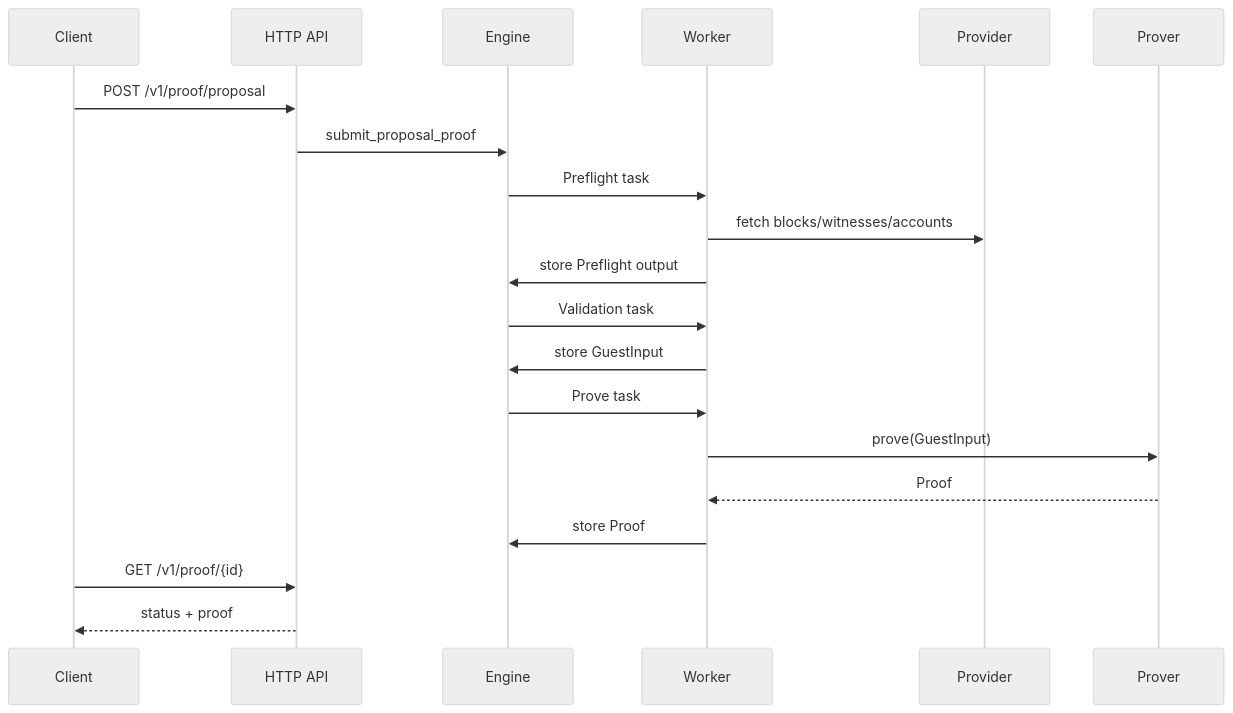
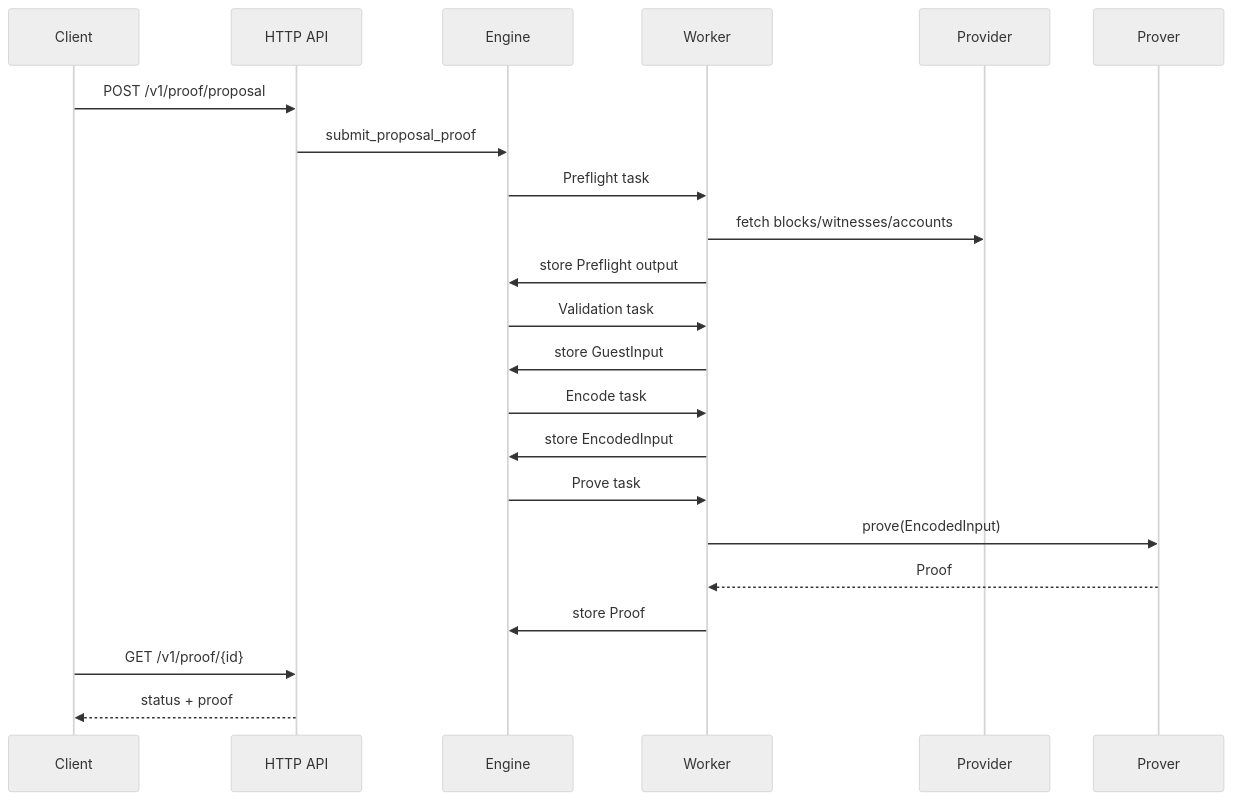
The fourth of 4 diagrams in README.md (taikoxyz/raiko2), drawn with Mermaid (neutral theme) before and after one commit. The commit also changed other lines of this file and 1 other file, not shown here.

Commit message:
test: add documentation for Redis-backed queue store integration tests

````diff
--- a/README.md
+++ b/README.md
@@ -94,23 +106,25 @@
 ```mermaid
 sequenceDiagram
   participant C as Client
   participant API as HTTP API
   participant Q as Engine
   participant W as Worker
   participant P as Provider
   participant Z as Prover
 
   C->>API: POST /v1/proof/proposal
   API->>Q: submit_proposal_proof
   Q->>W: Preflight task
   W->>P: fetch blocks/witnesses/accounts
   W->>Q: store Preflight output
   Q->>W: Validation task
   W->>Q: store GuestInput
+  Q->>W: Encode task
+  W->>Q: store EncodedInput
   Q->>W: Prove task
-  W->>Z: prove(GuestInput)
+  W->>Z: prove(EncodedInput)
   Z-->>W: Proof
   W->>Q: store Proof
   C->>API: GET /v1/proof/{id}
   API-->>C: status + proof
 ```
````
